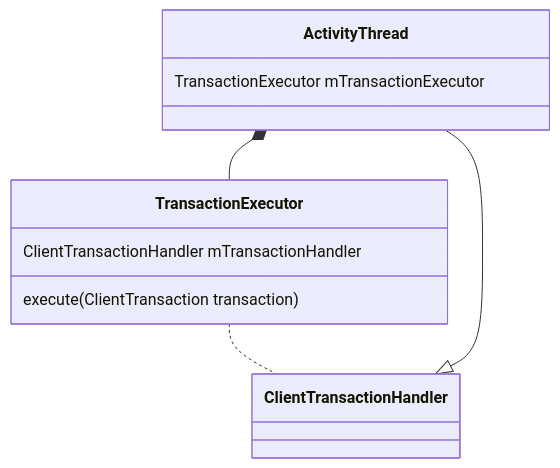
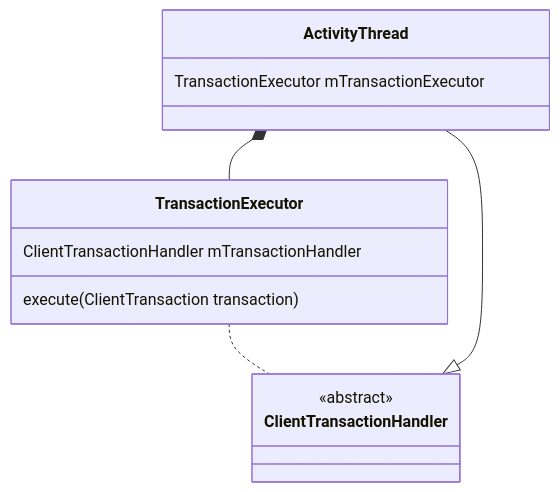
Before and after one commit to sangmingming/newblog: the second of 3 diagrams in content/posts/tech/2024-08-13-android-clienttransaction-analysis.md, drawn with Mermaid. The commit also changed other lines of this file and 1 other file, not shown here.

Commit message:
update diagram

````diff
--- a/content/posts/tech/2024-08-13-android-clienttransaction-analysis.md
+++ b/content/posts/tech/2024-08-13-android-clienttransaction-analysis.md
@@ -369,12 +373,13 @@
 ```mermaid
 classDiagram
 class ActivityThread
 class TransactionExecutor
 class ClientTransactionHandler
+<<abstract>> ClientTransactionHandler
 ClientTransactionHandler <|-- ActivityThread
 TransactionExecutor .. ClientTransactionHandler
 ActivityThread *-- TransactionExecutor
 ActivityThread: TransactionExecutor mTransactionExecutor
 TransactionExecutor: ClientTransactionHandler mTransactionHandler
 TransactionExecutor: execute(ClientTransaction transaction)
 ```
````
